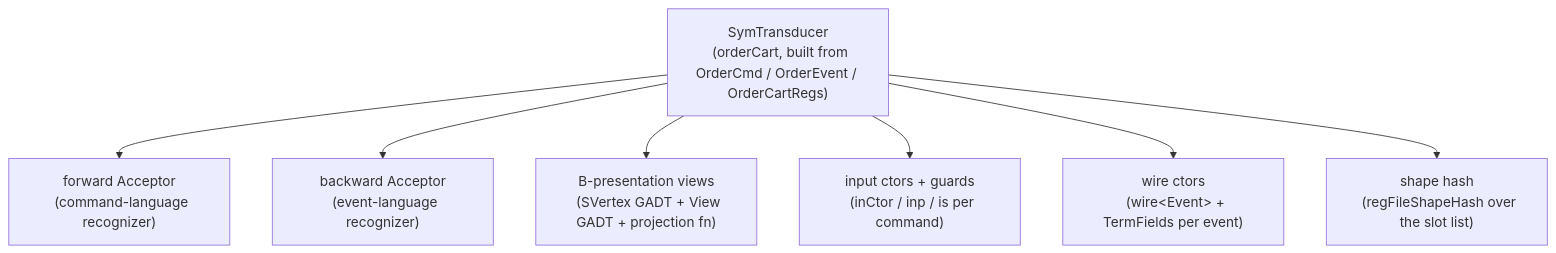
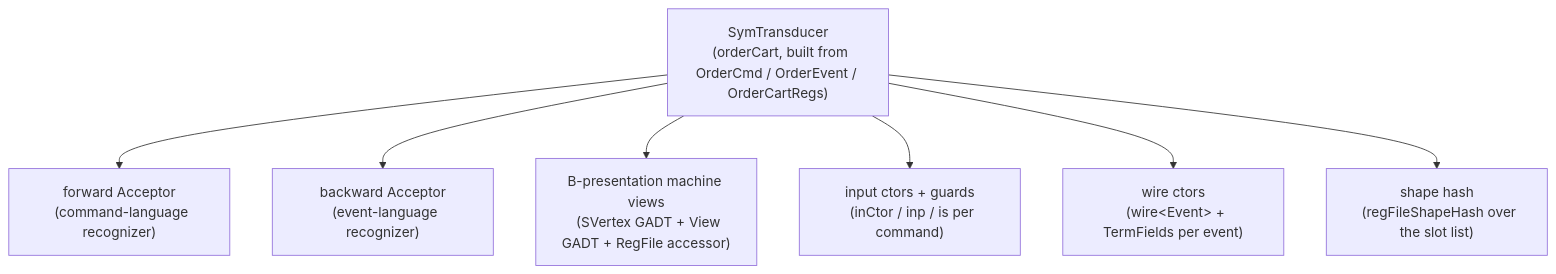
One commit to shinzui/keiro-runtime-docs changed the diagram in content/docs/keiki/explanation/what-gets-derived.mdx. Above: the diagram before and after it, drawn with Mermaid. The commit also changed other lines of this file and 31 other files, not shown here.

Commit message:
docs: clarify projection and machine view boundaries

````diff
--- a/content/docs/keiki/explanation/what-gets-derived.mdx
+++ b/content/docs/keiki/explanation/what-gets-derived.mdx
@@ -24,18 +30,18 @@
 ```mermaid
 flowchart TD
   Decl["SymTransducer
   (orderCart, built from OrderCmd / OrderEvent / OrderCartRegs)"]
 
   Decl --> AccF["forward Acceptor
   (command-language recognizer)"]
   Decl --> AccB["backward Acceptor
   (event-language recognizer)"]
-  Decl --> Views["B-presentation views
-  (SVertex GADT + View GADT + projection fn)"]
+  Decl --> Views["B-presentation machine views
+  (SVertex GADT + View GADT + RegFile accessor)"]
   Decl --> Ctors["input ctors + guards
   (inCtor / inp / is per command)"]
   Decl --> Wires["wire ctors
   (wire&lt;Event&gt; + TermFields per event)"]
   Decl --> Hash["shape hash
   (regFileShapeHash over the slot list)"]
 ```
````
